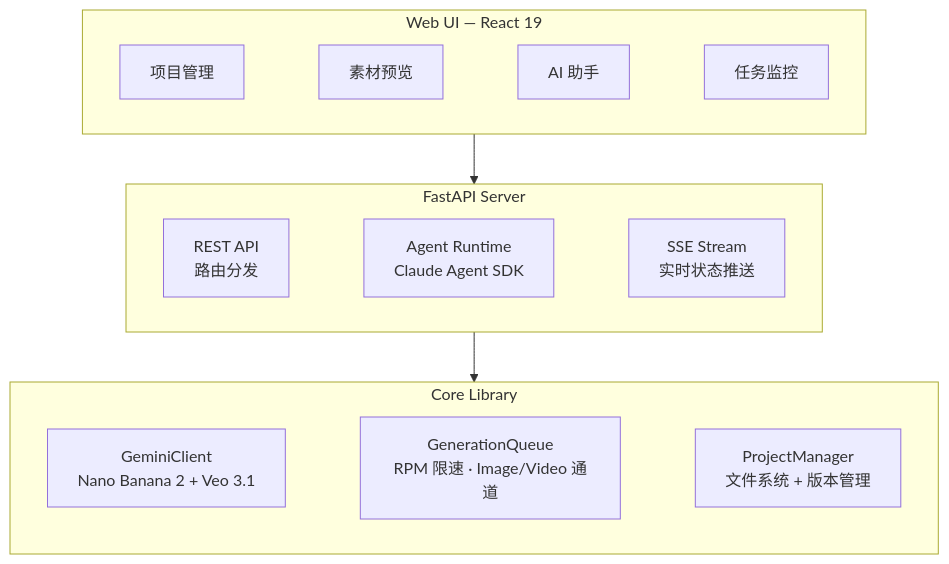
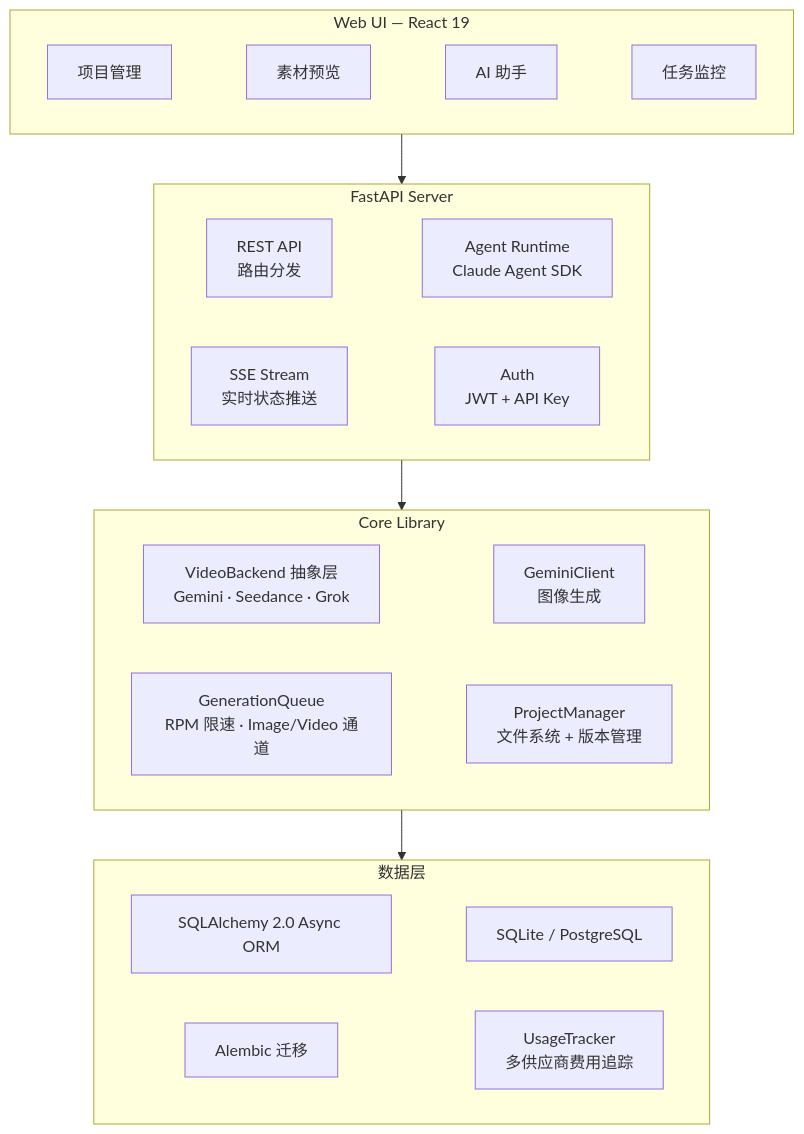
Before and after one commit to huiyang0325/C301: the third of 3 diagrams in README.md, drawn with Mermaid. The commit also changed other lines of this file, not shown here.

````diff
--- a/README.md
+++ b/README.md
@@ -136,16 +198,23 @@
 ```mermaid
 flowchart TB
     subgraph UI["Web UI — React 19"]
         U1["项目管理"] ~~~ U2["素材预览"] ~~~ U3["AI 助手"] ~~~ U4["任务监控"]
     end
 
     subgraph Server["FastAPI Server"]
-        S1["REST API<br/>路由分发"] ~~~ S2["Agent Runtime<br/>Claude Agent SDK"] ~~~ S3["SSE Stream<br/>实时状态推送"]
+        S1["REST API<br/>路由分发"] ~~~ S2["Agent Runtime<br/>Claude Agent SDK"]
+        S3["SSE Stream<br/>实时状态推送"] ~~~ S4["Auth<br/>JWT + API Key"]
     end
 
     subgraph Core["Core Library"]
-        C1["GeminiClient<br/>Nano Banana 2 + Veo 3.1"] ~~~ C2["GenerationQueue<br/>RPM 限速 · Image/Video 通道"] ~~~ C3["ProjectManager<br/>文件系统 + 版本管理"]
+        C1["VideoBackend 抽象层<br/>Gemini · Seedance · Grok"] ~~~ C2["GeminiClient<br/>图像生成"]
+        C3["GenerationQueue<br/>RPM 限速 · Image/Video 通道"] ~~~ C4["ProjectManager<br/>文件系统 + 版本管理"]
     end
 
-    UI --> Server --> Core
+    subgraph Data["数据层"]
+        D1["SQLAlchemy 2.0 Async ORM"] ~~~ D2["SQLite / PostgreSQL"]
+        D3["Alembic 迁移"] ~~~ D4["UsageTracker<br/>多供应商费用追踪"]
+    end
+
+    UI --> Server --> Core --> Data
 ```
````
